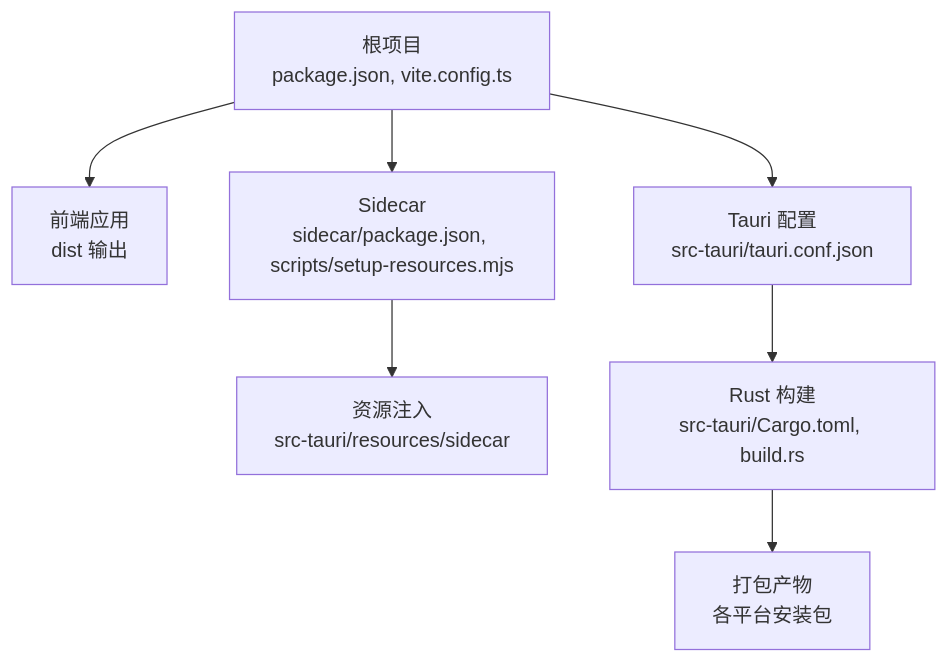
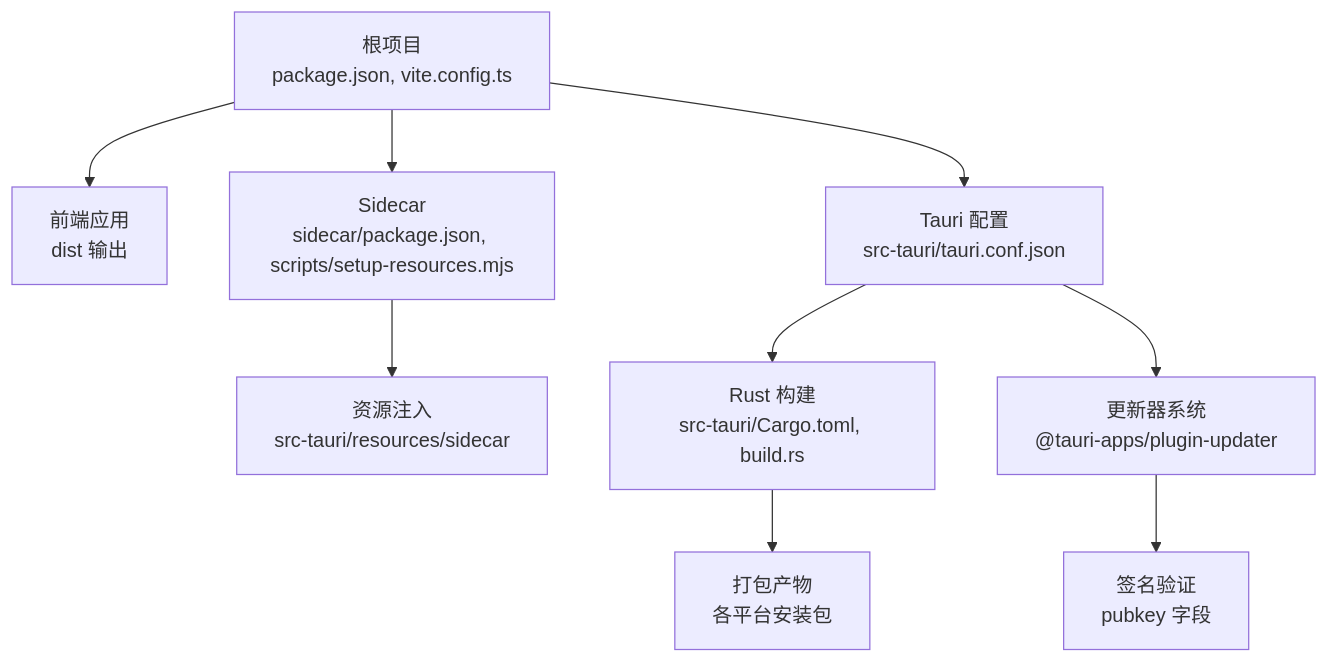
Before and after one commit to RabbitAI-Lab/RabbitCoding: the first of 3 diagrams in .qoder/repowiki/zh/content/部署和发布/部署和发布.md, drawn with Mermaid. The commit also changed other lines of this file and 32 other files, not shown here.

````diff
--- a/.qoder/repowiki/zh/content/部署和发布/部署和发布.md
+++ b/.qoder/repowiki/zh/content/部署和发布/部署和发布.md
@@ -45,9 +48,11 @@
 ```mermaid
 graph TB
 A["根项目<br/>package.json, vite.config.ts"] --> B["前端应用<br/>dist 输出"]
 A --> C["Sidecar<br/>sidecar/package.json, scripts/setup-resources.mjs"]
 C --> D["资源注入<br/>src-tauri/resources/sidecar"]
 A --> E["Tauri 配置<br/>src-tauri/tauri.conf.json"]
 E --> F["Rust 构建<br/>src-tauri/Cargo.toml, build.rs"]
 F --> G["打包产物<br/>各平台安装包"]
+E --> H["更新器系统<br/>@tauri-apps/plugin-updater"]
+H --> I["签名验证<br/>pubkey 字段"]
 ```
````
